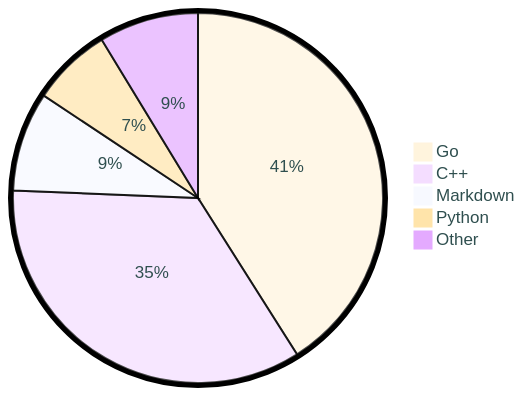
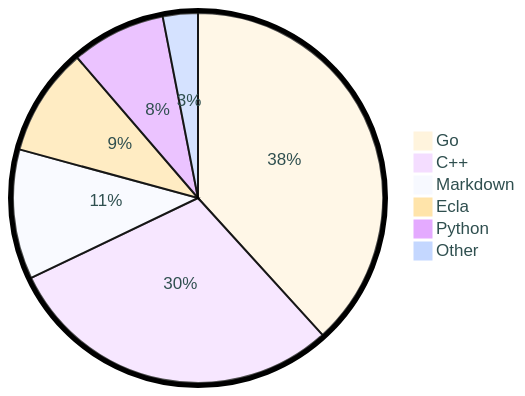
One commit to tot0p/tot0p changed the diagram in README.md. Above: the diagram before and after it, drawn with Mermaid. The commit also changed other lines of this file, not shown here.

````diff
--- a/README.md
+++ b/README.md
@@ -83,9 +85,10 @@
 ```mermaid
 %%{init: {"pie": {"textPosition": 0.5}, "themeVariables": {"pieOuterStrokeWidth": "5px","primaryTextColor" : "#2F4F4F"},"theme":"base"} }%%
 pie
-	"Go": 41.02
-	"C++": 34.64
-	"Markdown": 8.68
-	"Python": 6.97
-	"Other": 8.700000000000001
+	"Go": 38.26
+	"C++": 29.64
+	"Markdown": 11.34
+	"Ecla": 9.46
+	"Python": 8.25
+	"Other": 3.06
 ```
````
